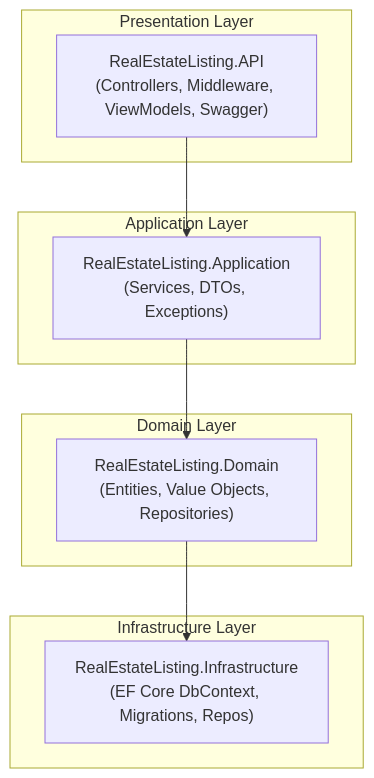
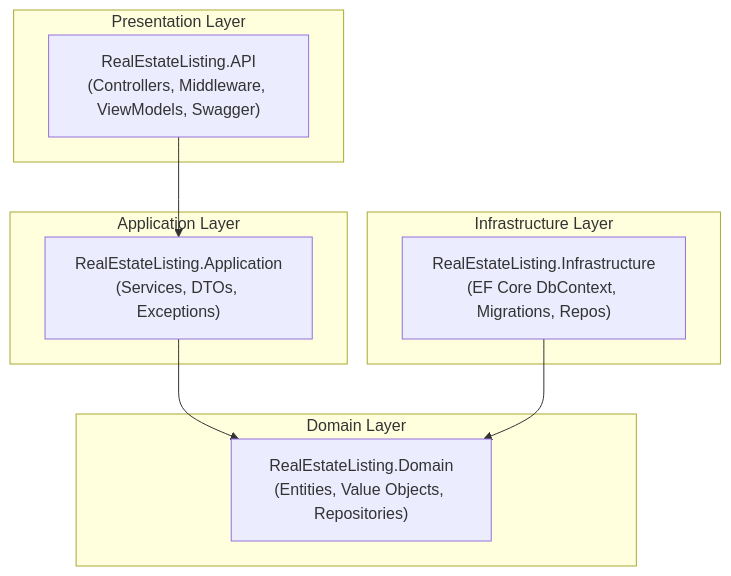
The first of 3 diagrams in docs/architecture.md (cleberMargarida/RealEstateListing), drawn with Mermaid before and after one commit. The commit also changed 7 other files, not shown here.

Commit message:
feat: Update README and architecture documentation with logo and CI/CD badge corrections

````diff
--- a/docs/architecture.md
+++ b/docs/architecture.md
@@ -9,16 +9,17 @@
 ```mermaid
 flowchart TB
   subgraph "Presentation Layer"
     API["RealEstateListing.API<br/>(Controllers, Middleware, ViewModels, Swagger)"]
   end
   subgraph "Application Layer"
     AC["RealEstateListing.Application<br/>(Services, DTOs, Exceptions)"]
   end
   subgraph "Domain Layer"
     D["RealEstateListing.Domain<br/>(Entities, Value Objects, Repositories)"]
   end
   subgraph "Infrastructure Layer"
     I["RealEstateListing.Infrastructure<br/>(EF Core DbContext, Migrations, Repos)"]
   end
-  API --> AC --> D --> I
+  API --> AC --> D
+  I --> D
 ```
````
